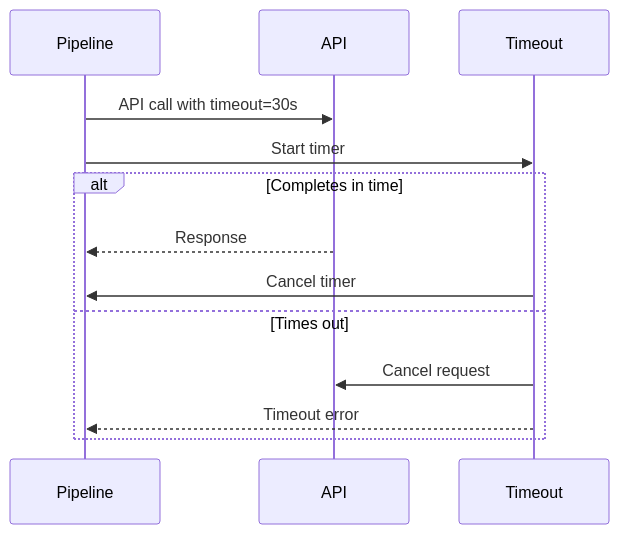
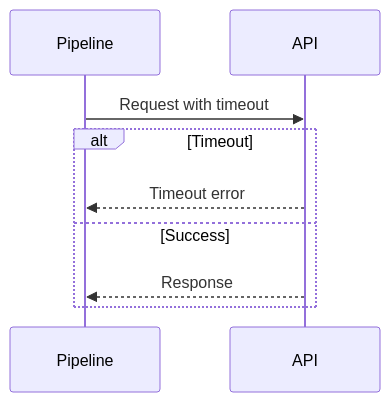
Before and after one commit to wisrovi/wpipe: the second of 5 diagrams in examples/api_pipeline/06_api_with_timeout/README.md, drawn with Mermaid. The commit also changed other lines of this file and 20 other files, not shown here.

First line of the commit message:
Simplify Mermaid diagrams for better rendering

````diff
--- a/examples/api_pipeline/06_api_with_timeout/README.md
+++ b/examples/api_pipeline/06_api_with_timeout/README.md
@@ -23,16 +22,12 @@
 ```mermaid
 sequenceDiagram
-    participant Pipeline
-    participant API
-    participant Timeout
+    participant P as Pipeline
+    participant A as API
     
-    Pipeline->>API: API call with timeout=30s
-    Pipeline->>Timeout: Start timer
-    alt Completes in time
-        API-->>Pipeline: Response
-        Timeout->>Pipeline: Cancel timer
-    else Times out
-        Timeout->>API: Cancel request
-        Timeout-->>Pipeline: Timeout error
+    P->>A: Request with timeout
+    alt Timeout
+        A-->>P: Timeout error
+    else Success
+        A-->>P: Response
     end
 ```
````
